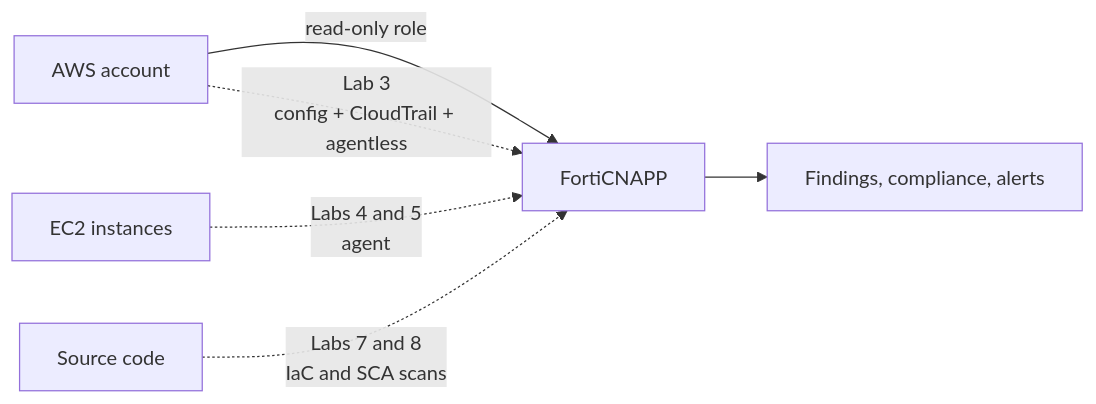
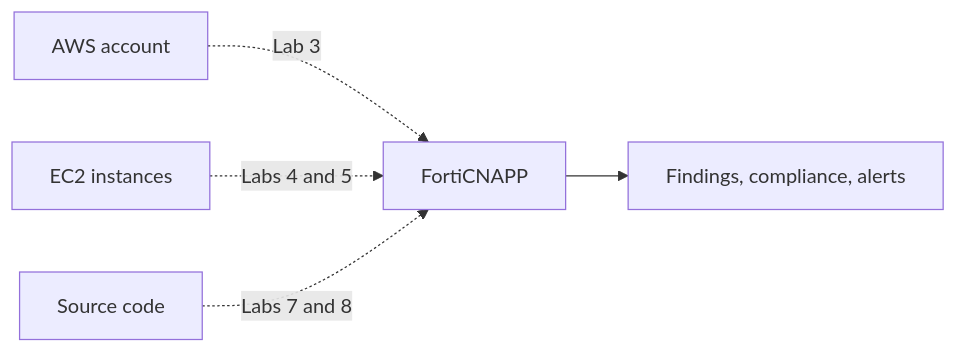
The diagram in README.md (andrewbearsley/forticnapp-workshop-aws-automated), drawn with Mermaid before and after one commit. The commit also changed other lines of this file and 1 other file, not shown here.

````diff
--- a/README.md
+++ b/README.md
@@ -32,8 +10,7 @@
 ```mermaid
 flowchart LR
-    A[AWS account] -->|read-only role| B[FortiCNAPP]
-    A -.->|Lab 3<br/>config + CloudTrail + agentless| B
-    C[EC2 instances] -.->|Labs 4 and 5<br/>agent| B
-    D[Source code] -.->|Labs 7 and 8<br/>IaC and SCA scans| B
+    A[AWS account] -.->|Lab 3| B[FortiCNAPP]
+    C[EC2 instances] -.->|Labs 4 and 5| B
+    D[Source code] -.->|Labs 7 and 8| B
     B --> E[Findings, compliance, alerts]
 ```
````
